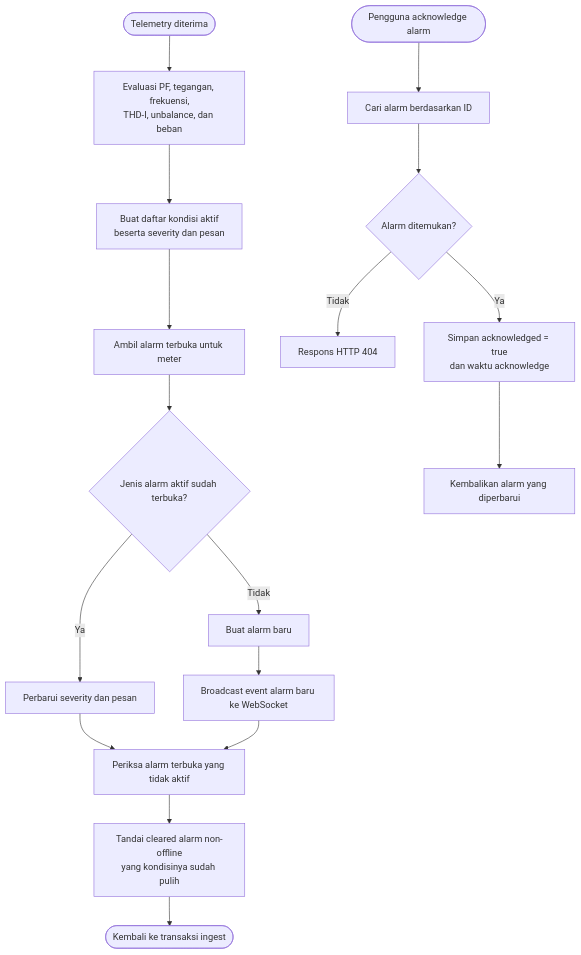
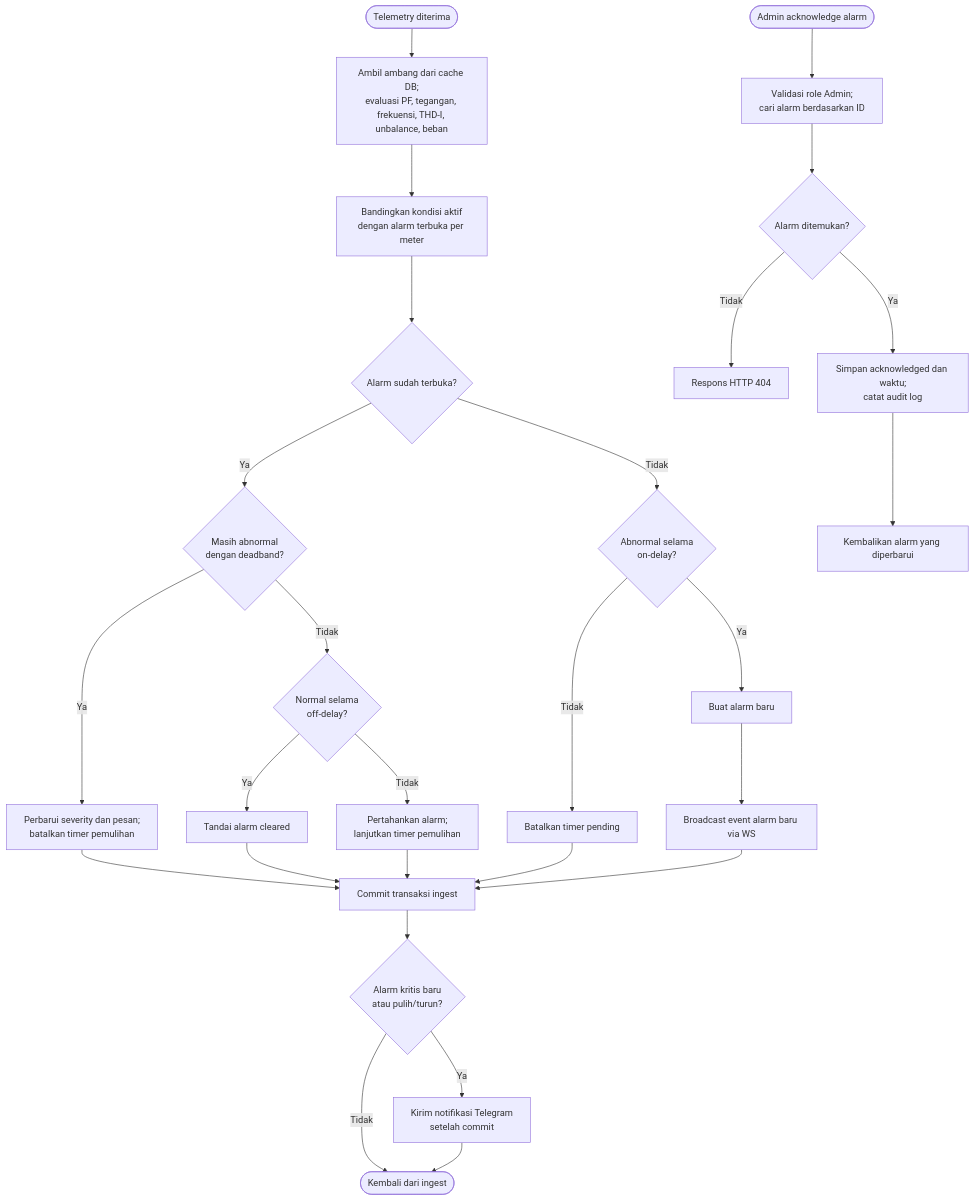
One commit to etbimm/energy-monitoring-system changed the fifth of 7 diagrams in docs/program-flowchart.md. Above: the diagram before and after it, drawn with Mermaid. The commit also changed other lines of this file and 59 other files, not shown here.

Commit message:
1. Update addressing parameter power meter 2. Fixing bug 3. Update flowchart & diagram blok

````diff
--- a/docs/program-flowchart.md
+++ b/docs/program-flowchart.md
@@ -207,20 +233,30 @@
 ```mermaid
 flowchart TD
-    A([Telemetry diterima]) --> B[Evaluasi PF, tegangan, frekuensi,<br/>THD-I, unbalance, dan beban]
-    B --> C[Buat daftar kondisi aktif<br/>beserta severity dan pesan]
-    C --> D[Ambil alarm terbuka untuk meter]
-    D --> E{Jenis alarm aktif sudah terbuka?}
-    E -- Ya --> F[Perbarui severity dan pesan]
-    E -- Tidak --> G[Buat alarm baru]
-    G --> H[Broadcast event alarm baru ke WebSocket]
-    F --> I[Periksa alarm terbuka yang tidak aktif]
-    H --> I
-    I --> J[Tandai cleared alarm non-offline<br/>yang kondisinya sudah pulih]
-    J --> K([Kembali ke transaksi ingest])
+    A([Telemetry diterima]) --> B[Ambil ambang dari cache DB;<br/>evaluasi PF, tegangan, frekuensi, THD-I, unbalance, beban]
+    B --> C[Bandingkan kondisi aktif<br/>dengan alarm terbuka per meter]
+    C --> D{Alarm sudah terbuka?}
+    D -- Ya --> E{Masih abnormal<br/>dengan deadband?}
+    E -- Ya --> F[Perbarui severity dan pesan;<br/>batalkan timer pemulihan]
+    E -- Tidak --> G{Normal selama<br/>off-delay?}
+    G -- Ya --> H[Tandai alarm cleared]
+    G -- Tidak --> I[Pertahankan alarm;<br/>lanjutkan timer pemulihan]
+    D -- Tidak --> J{Abnormal selama<br/>on-delay?}
+    J -- Ya --> K[Buat alarm baru]
+    J -- Tidak --> L[Batalkan timer pending]
+    K --> M[Broadcast event alarm baru via WS]
+    F --> N[Commit transaksi ingest]
+    H --> N
+    I --> N
+    L --> N
+    M --> N
+    N --> O{Alarm kritis baru<br/>atau pulih/turun?}
+    O -- Ya --> P[Kirim notifikasi Telegram<br/>setelah commit]
+    O -- Tidak --> Q([Kembali dari ingest])
+    P --> Q
 
-    L([Pengguna acknowledge alarm]) --> M[Cari alarm berdasarkan ID]
-    M --> N{Alarm ditemukan?}
-    N -- Tidak --> O[Respons HTTP 404]
-    N -- Ya --> P[Simpan acknowledged = true<br/>dan waktu acknowledge]
-    P --> Q[Kembalikan alarm yang diperbarui]
+    R([Admin acknowledge alarm]) --> S[Validasi role Admin;<br/>cari alarm berdasarkan ID]
+    S --> T{Alarm ditemukan?}
+    T -- Tidak --> U[Respons HTTP 404]
+    T -- Ya --> V[Simpan acknowledged dan waktu;<br/>catat audit log]
+    V --> W[Kembalikan alarm yang diperbarui]
 ```
````
